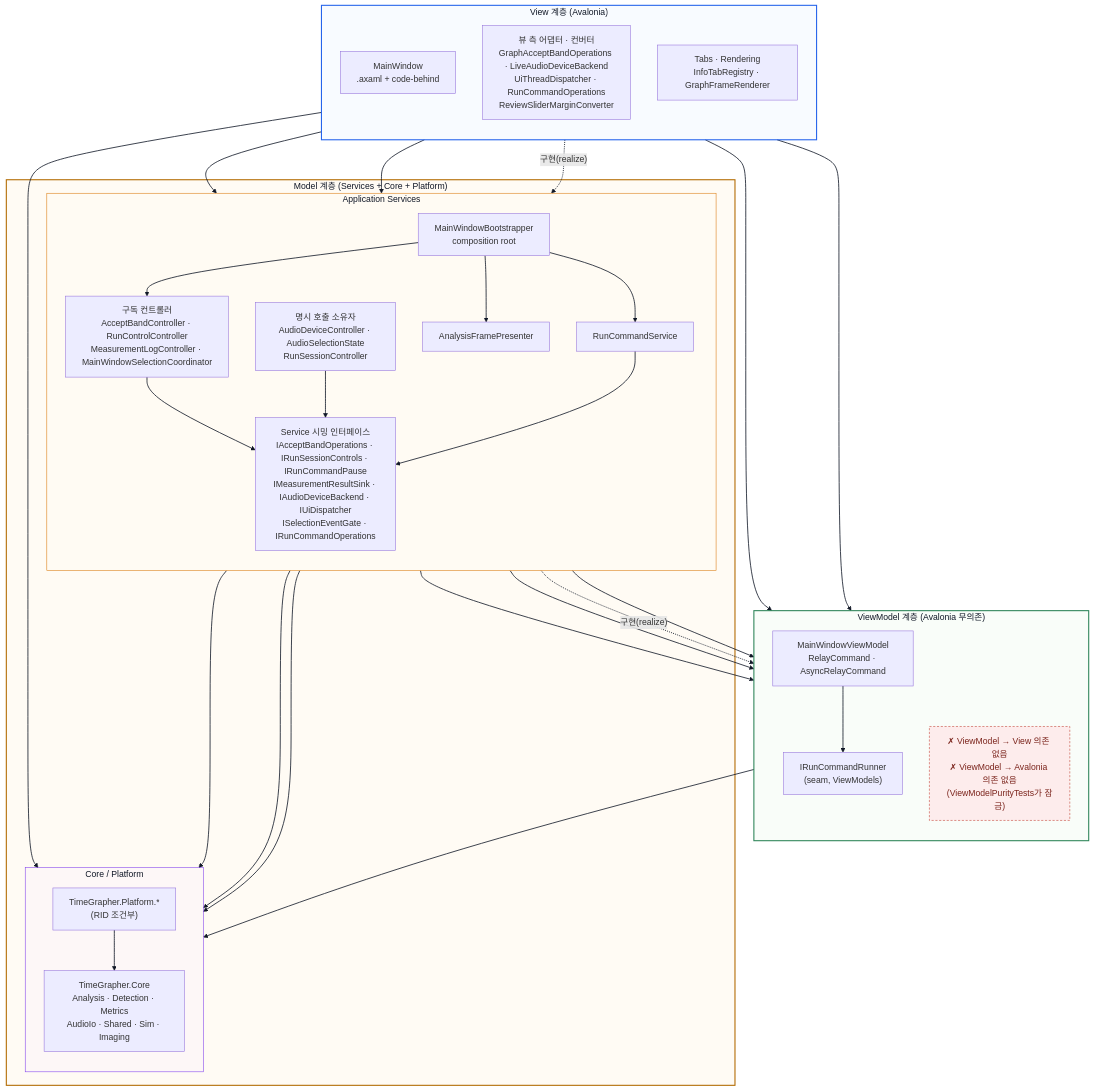
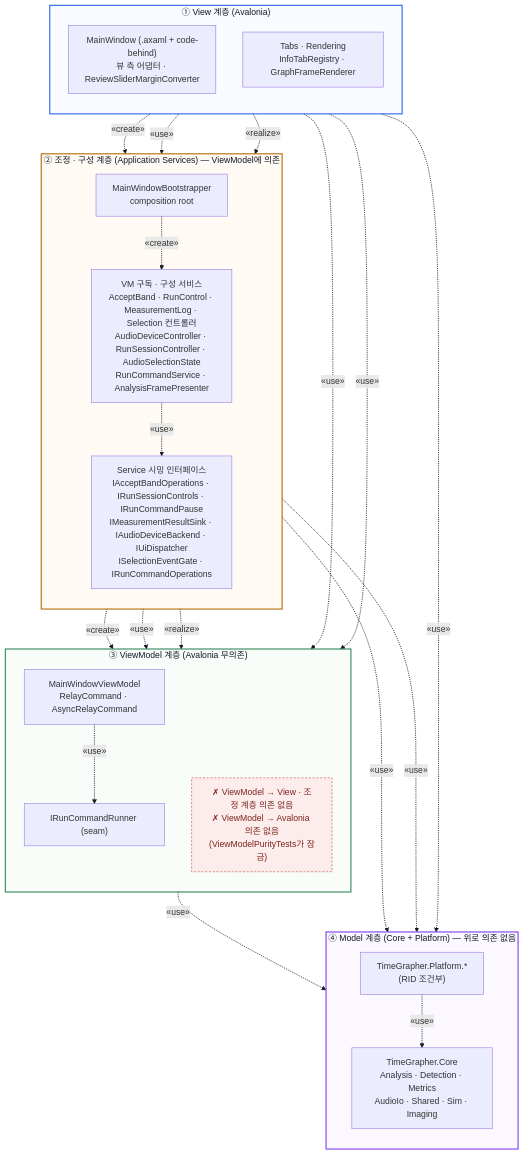
The diagram in docs/for-ai/MVVM_VIEW_ARCHITECTURE.md (Jae-hong-5/TimeGrapher-Net), drawn with Mermaid before and after one commit. The commit also changed other lines of this file, not shown here.

````diff
--- a/docs/for-ai/MVVM_VIEW_ARCHITECTURE.md
+++ b/docs/for-ai/MVVM_VIEW_ARCHITECTURE.md
@@ -18,66 +29,55 @@
 ```mermaid
 flowchart TB
-    subgraph ViewLayer["View 계층 (Avalonia)"]
+    subgraph ViewLayer["① View 계층 (Avalonia)"]
         direction TB
-        VView["MainWindow<br/>.axaml + code-behind"]
-        VAdapters["뷰 측 어댑터 · 컨버터<br/>GraphAcceptBandOperations · LiveAudioDeviceBackend<br/>UiThreadDispatcher · RunCommandOperations<br/>ReviewSliderMarginConverter"]
+        VView["MainWindow (.axaml + code-behind)<br/>뷰 측 어댑터 · ReviewSliderMarginConverter"]
         VTabs["Tabs · Rendering<br/>InfoTabRegistry · GraphFrameRenderer"]
     end
 
-    subgraph ViewModelLayer["ViewModel 계층 (Avalonia 무의존)"]
+    subgraph CoordLayer["② 조정 · 구성 계층 (Application Services) — ViewModel에 의존"]
+        direction TB
+        Boot["MainWindowBootstrapper<br/>composition root"]
+        Coord["VM 구독 · 구성 서비스<br/>AcceptBand · RunControl · MeasurementLog · Selection 컨트롤러<br/>AudioDeviceController · RunSessionController · AudioSelectionState<br/>RunCommandService · AnalysisFramePresenter"]
+        Seams["Service 시밍 인터페이스<br/>IAcceptBandOperations · IRunSessionControls · IRunCommandPause<br/>IMeasurementResultSink · IAudioDeviceBackend · IUiDispatcher<br/>ISelectionEventGate · IRunCommandOperations"]
+    end
+
+    subgraph ViewModelLayer["③ ViewModel 계층 (Avalonia 무의존)"]
         direction TB
         VM["MainWindowViewModel<br/>RelayCommand · AsyncRelayCommand"]
-        Runner["IRunCommandRunner<br/>(seam, ViewModels)"]
-        NoDep["✗ ViewModel → View 의존 없음<br/>✗ ViewModel → Avalonia 의존 없음<br/>(ViewModelPurityTests가 잠금)"]
+        Runner["IRunCommandRunner (seam)"]
+        NoDep["✗ ViewModel → View · 조정 계층 의존 없음<br/>✗ ViewModel → Avalonia 의존 없음<br/>(ViewModelPurityTests가 잠금)"]
     end
 
-    subgraph ModelLayer["Model 계층 (Services + Core + Platform)"]
-        subgraph Services["Application Services"]
-            direction TB
-            Boot["MainWindowBootstrapper<br/>composition root"]
-            Ctrls["구독 컨트롤러<br/>AcceptBandController · RunControlController<br/>MeasurementLogController · MainWindowSelectionCoordinator"]
-            Owners["명시 호출 소유자<br/>AudioDeviceController · AudioSelectionState<br/>RunSessionController"]
-            RunCmd["RunCommandService"]
-            Presenter["AnalysisFramePresenter"]
-            Seams["Service 시밍 인터페이스<br/>IAcceptBandOperations · IRunSessionControls · IRunCommandPause<br/>IMeasurementResultSink · IAudioDeviceBackend · IUiDispatcher<br/>ISelectionEventGate · IRunCommandOperations"]
-        end
-        subgraph CorePlatform["Core / Platform"]
-            direction TB
-            Core["TimeGrapher.Core<br/>Analysis · Detection · Metrics<br/>AudioIo · Shared · Sim · Imaging"]
-            Platform["TimeGrapher.Platform.*<br/>(RID 조건부)"]
-        end
+    subgraph ModelLayer["④ Model 계층 (Core + Platform) — 위로 의존 없음"]
+        direction TB
+        Core["TimeGrapher.Core<br/>Analysis · Detection · Metrics<br/>AudioIo · Shared · Sim · Imaging"]
+        Platform["TimeGrapher.Platform.*<br/>(RID 조건부)"]
     end
 
     style ViewLayer fill:#eaf2ff,fill-opacity:0.35,stroke:#2563eb,stroke-width:2px,color:#111827
+    style CoordLayer fill:#fff3df,fill-opacity:0.35,stroke:#b26a00,stroke-width:2px,color:#111827
     style ViewModelLayer fill:#edf8ee,fill-opacity:0.35,stroke:#2f855a,stroke-width:2px,color:#111827
-    style ModelLayer fill:#fff3df,fill-opacity:0.35,stroke:#b26a00,stroke-width:2px,color:#111827
-    style Services fill:#fffaf0,fill-opacity:0.28,stroke:#d97706,stroke-width:1px,color:#111827
-    style CorePlatform fill:#f7ecff,fill-opacity:0.28,stroke:#7c3aed,stroke-width:1px,color:#111827
+    style ModelLayer fill:#f7ecff,fill-opacity:0.35,stroke:#7c3aed,stroke-width:2px,color:#111827
     style NoDep fill:#fdecec,stroke:#c0392b,stroke-width:1px,color:#7b241c,stroke-dasharray:4 3
     linkStyle default stroke:#111827,stroke-width:1.5px
 
-    VView --> VM
-    VView --> Boot
-    VView --> Owners
-    VAdapters -. "구현(realize)" .-> Seams
-    VTabs --> VM
-    VTabs --> Core
+    VView -. "«create»" .-> Boot
+    VView -. "«use»" .-> Coord
+    VView -. "«use»" .-> VM
+    VView -. "«realize»" .-> Seams
+    VTabs -. "«use»" .-> VM
+    VTabs -. "«use»" .-> Core
 
-    VM --> Runner
-    VM --> Core
+    Boot -. "«create»" .-> Coord
+    Boot -. "«create»" .-> VM
+    Boot -. "«use»" .-> Core
+    Coord -. "«use»" .-> VM
+    Coord -. "«use»" .-> Seams
+    Coord -. "«use»" .-> Core
+    Coord -. "«realize»" .-> Runner
 
-    Boot --> VM
-    Boot --> Ctrls
-    Boot --> RunCmd
-    Boot --> Presenter
-    Boot --> Core
-    Ctrls --> VM
-    Ctrls --> Seams
-    Owners --> Seams
-    Owners --> Core
-    RunCmd -. "구현(realize)" .-> Runner
-    RunCmd --> Seams
-    Presenter --> VM
-    Presenter --> Core
-    Platform --> Core
+    VM -. "«use»" .-> Runner
+    VM -. "«use»" .-> Core
+
+    Platform -. "«use»" .-> Core
 ```
````
